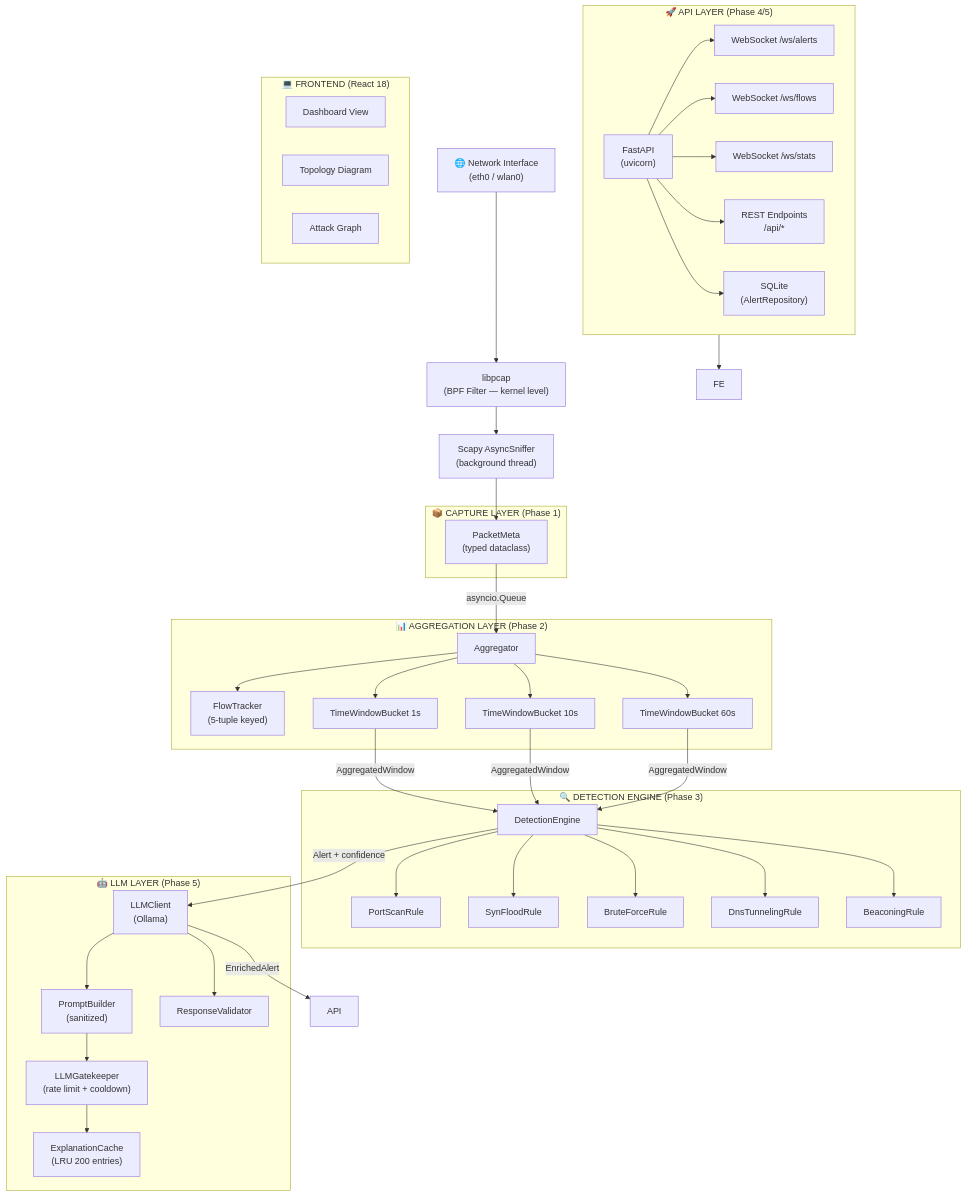
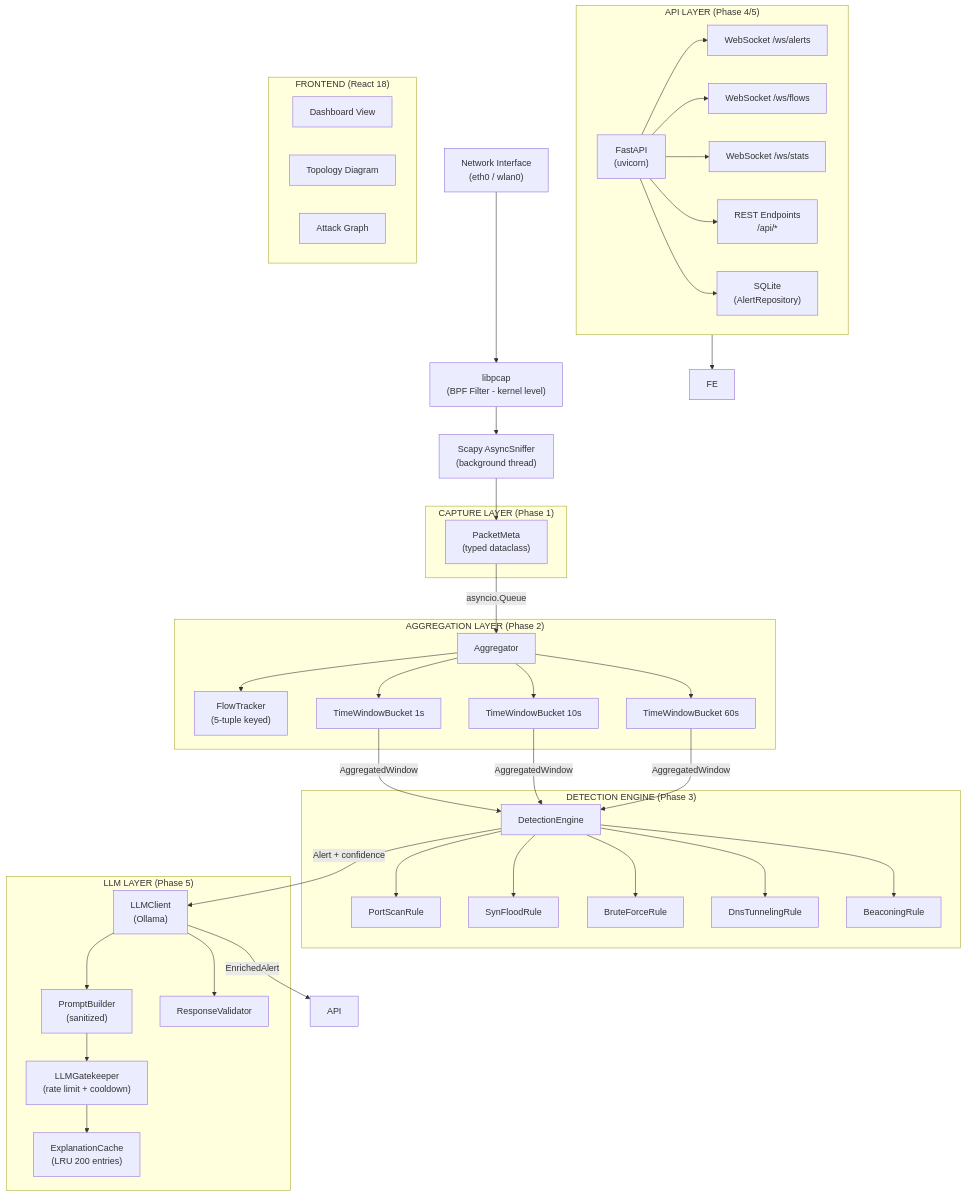
One commit to prithvi-01x/Netwatch changed the first of 9 diagrams in README.md. Above: the diagram before and after it, drawn with Mermaid. The commit also changed other lines of this file, not shown here.

Commit message:
docs: streamline system architecture and component data flow

````diff
--- a/README.md
+++ b/README.md
@@ -60,68 +66,68 @@
 ```mermaid
 flowchart TB
-    NI["🌐 Network Interface\n(eth0 / wlan0)"] --> LP
-    LP["libpcap\n(BPF Filter — kernel level)"] --> SC
+    NI["Network Interface\n(eth0 / wlan0)"] --> LP
+    LP["libpcap\n(BPF Filter - kernel level)"] --> SC
     SC["Scapy AsyncSniffer\n(background thread)"] --> PM
 
-    subgraph CAPTURE["📦 CAPTURE LAYER (Phase 1)"]
+    subgraph CAPTURE["CAPTURE LAYER (Phase 1)"]
         PM["PacketMeta\n(typed dataclass)"]
     end
 
     PM -->|asyncio.Queue| AGG
 
-    subgraph AGGREGATION["📊 AGGREGATION LAYER (Phase 2)"]
+    subgraph AGGREGATION["AGGREGATION LAYER (Phase 2)"]
         AGG["Aggregator"]
         FT["FlowTracker\n(5-tuple keyed)"]
         TW1["TimeWindowBucket 1s"]
         TW2["TimeWindowBucket 10s"]
         TW3["TimeWindowBucket 60s"]
         AGG --> FT
         AGG --> TW1
         AGG --> TW2
         AGG --> TW3
     end
 
     TW1 & TW2 & TW3 -->|AggregatedWindow| ENG
 
-    subgraph DETECTION["🔍 DETECTION ENGINE (Phase 3)"]
+    subgraph DETECTION["DETECTION ENGINE (Phase 3)"]
         ENG["DetectionEngine"]
         PS["PortScanRule"]
         SF["SynFloodRule"]
         BF["BruteForceRule"]
         DT["DnsTunnelingRule"]
         BC["BeaconingRule"]
         ENG --> PS & SF & BF & DT & BC
     end
 
     ENG -->|Alert + confidence| LLM
 
-    subgraph LLM_LAYER["🤖 LLM LAYER (Phase 5)"]
+    subgraph LLM_LAYER["LLM LAYER (Phase 5)"]
         LLM["LLMClient\n(Ollama)"]
         PB["PromptBuilder\n(sanitized)"]
         CA["ExplanationCache\n(LRU 200 entries)"]
         GK["LLMGatekeeper\n(rate limit + cooldown)"]
         VA["ResponseValidator"]
         LLM --> PB --> GK --> CA
         LLM --> VA
     end
 
     LLM -->|EnrichedAlert| API
 
-    subgraph API_LAYER["🚀 API LAYER (Phase 4/5)"]
+    subgraph API_LAYER["API LAYER (Phase 4/5)"]
         FAPI["FastAPI\n(uvicorn)"]
         WS1["WebSocket /ws/alerts"]
         WS2["WebSocket /ws/flows"]
         WS3["WebSocket /ws/stats"]
         REST["REST Endpoints\n/api/*"]
         DB["SQLite\n(AlertRepository)"]
         FAPI --> WS1 & WS2 & WS3 & REST & DB
     end
 
     API_LAYER --> FE
 
-    subgraph FRONTEND["💻 FRONTEND (React 18)"]
+    subgraph FRONTEND["FRONTEND (React 18)"]
         DASH["Dashboard View"]
         TOPO["Topology Diagram"]
         GRAPH["Attack Graph"]
     end
 ```
````
